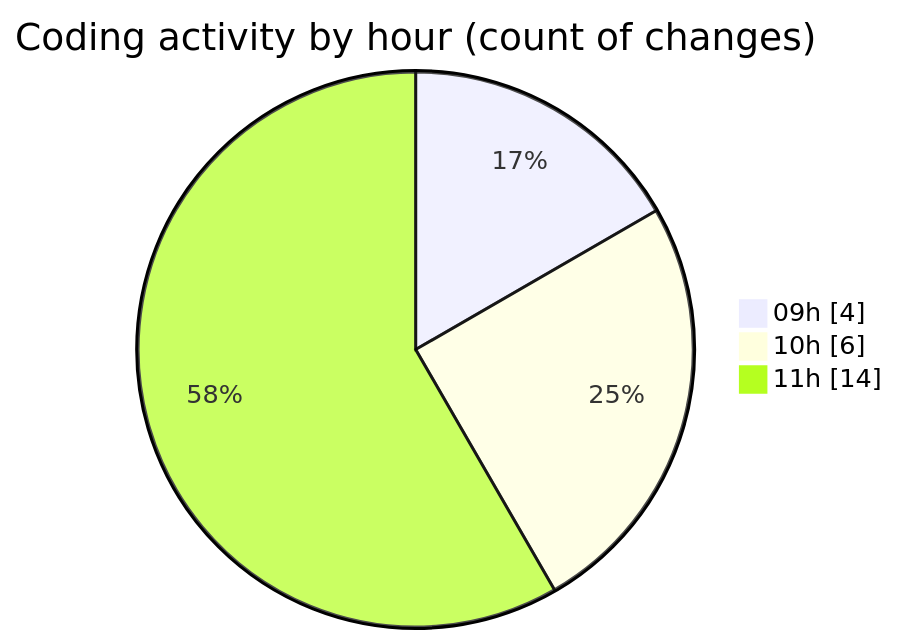
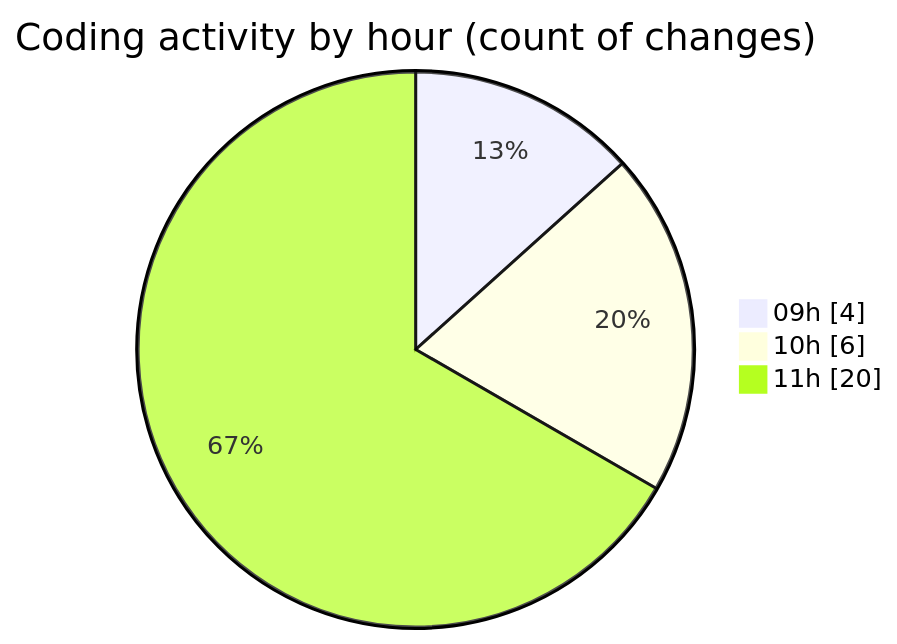
One commit to momahboobian/code-tracking changed the second of 2 diagrams in 2025-05-29/cda/README.md. Above: the diagram before and after it, drawn with Mermaid. The commit also changed other lines of this file and 1 other file, not shown here.

````diff
--- a/2025-05-29/cda/README.md
+++ b/2025-05-29/cda/README.md
@@ -31,7 +31,7 @@
 ```mermaid
 pie showData
 title Coding activity by hour (count of changes)
 "09h" : 4
 "10h" : 6
-"11h" : 14
+"11h" : 20
 ```
````
